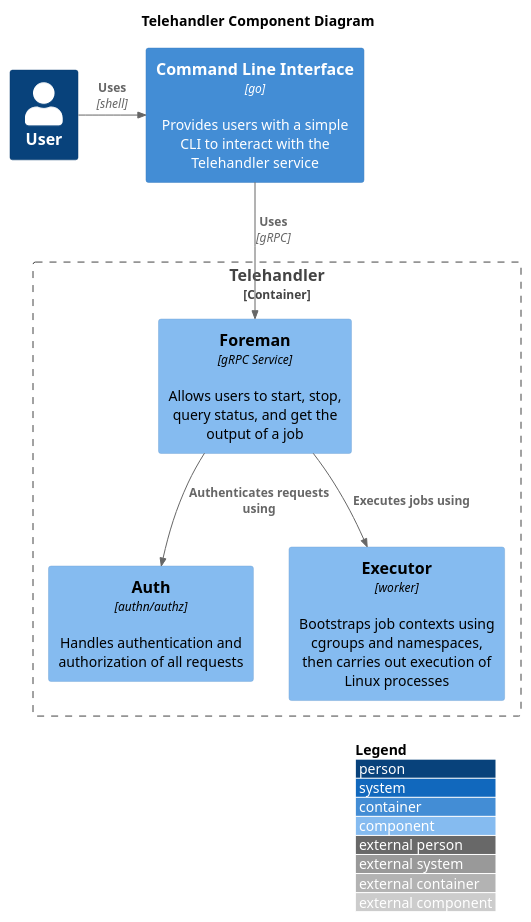
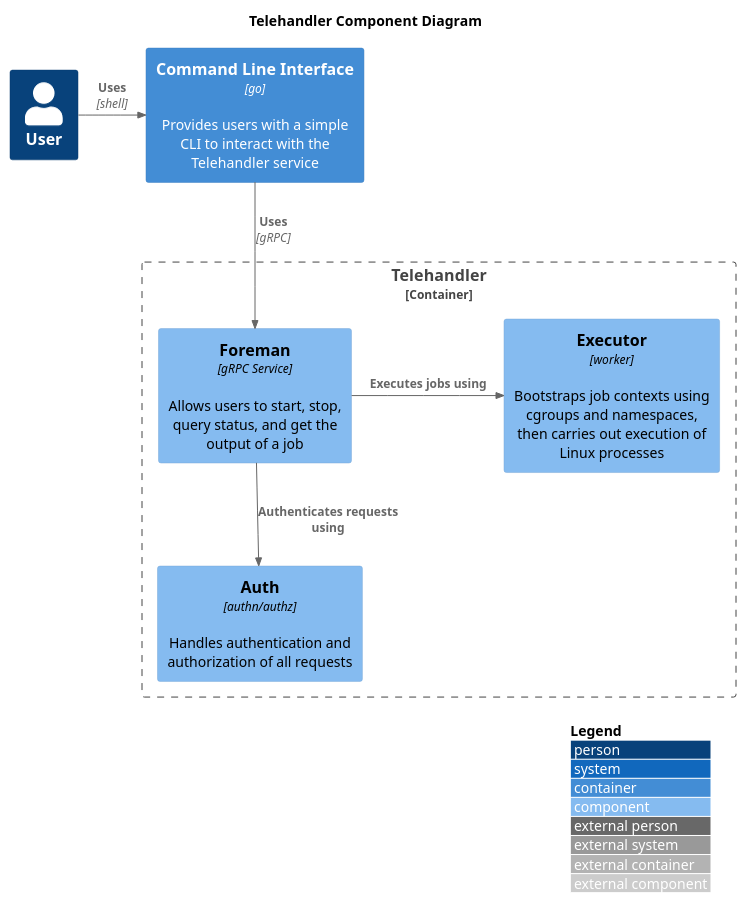
The diagram in docs/c4model.puml (drrev/telehandler), drawn with PlantUML before and after one commit. The commit also changed 1 other file, not shown here.

```diff
--- a/docs/c4model.puml
+++ b/docs/c4model.puml
@@ -1,20 +1,20 @@
 !include <C4/C4_Component>
 
 LAYOUT_WITH_LEGEND()
 
 title Telehandler Component Diagram
 
 Person(user, "User")
 Container(cli, "Command Line Interface", "go", "Provides users with a simple CLI to interact with the Telehandler service")
 
 Container_Boundary(api, "Telehandler") {
     Component(foreman, "Foreman", "gRPC Service", "Allows users to start, stop, query status, and get the output of a job")
     Component(auth, "Auth", "authn/authz", "Handles authentication and authorization of all requests")
     Component(exec, "Executor", "worker", "Bootstraps job contexts using cgroups and namespaces, then carries out execution of Linux processes")
 
     Rel(foreman, auth, "Authenticates requests using")
-    Rel(foreman, exec, "Executes jobs using")
+    Rel_R(foreman, exec, "Executes jobs using")
 }
 
 Rel(cli, foreman, "Uses", "gRPC")
 Rel_R(user, cli, "Uses", "shell")
```
